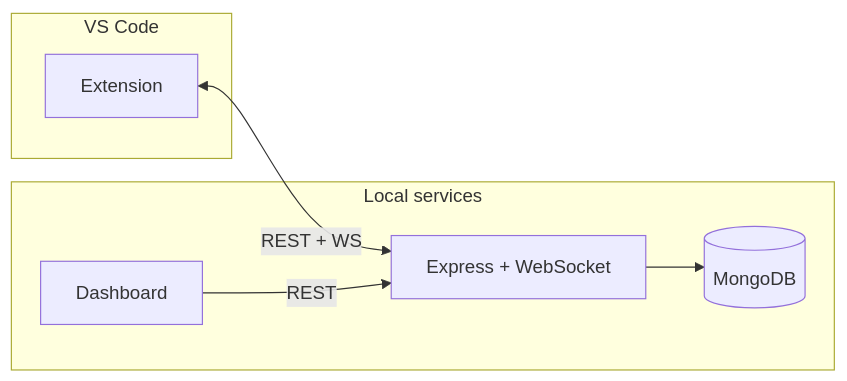
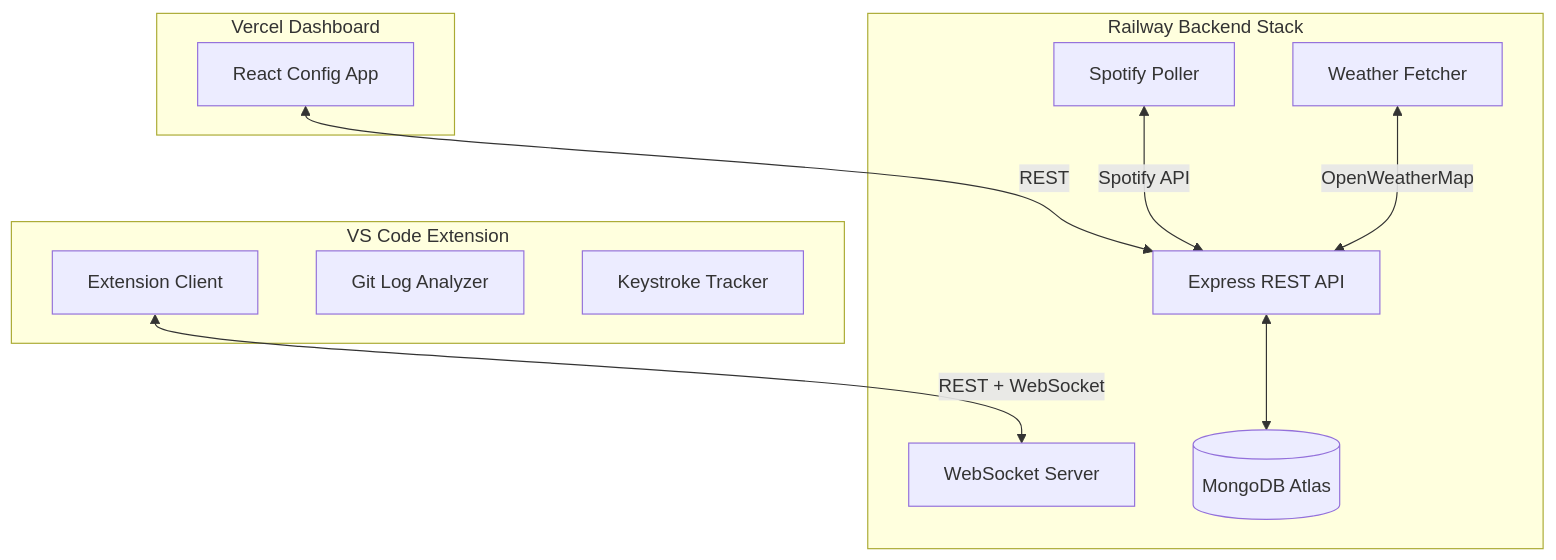
One commit to vaishnnav-m/MoodCode changed the diagram in README.md. Above: the diagram before and after it, drawn with Mermaid. The commit also changed other lines of this file and 12 other files, not shown here.

Commit message:
feat: add git and wheather api

````diff
--- a/README.md
+++ b/README.md
@@ -24,14 +19,24 @@
 ```mermaid
-flowchart LR
-  subgraph vscode [VS Code]
-    EXT[Extension]
+flowchart TD
+  subgraph vscode [VS Code Extension]
+    EXT[Extension Client]
+    GIT[Git Log Analyzer]
+    TYPE[Keystroke Tracker]
   end
-  subgraph local [Local services]
-    API[Express + WebSocket]
-    DB[(MongoDB)]
-    UI[Dashboard]
+  subgraph local [Railway Backend Stack]
+    API[Express REST API]
+    WS[WebSocket Server]
+    SPOT[Spotify Poller]
+    WEATH[Weather Fetcher]
+    DB[(MongoDB Atlas)]
   end
-  EXT <-->|REST + WS| API
-  UI -->|REST| API
-  API --> DB
+  subgraph frontend [Vercel Dashboard]
+    UI[React Config App]
+  end
+  
+  EXT <-->|REST + WebSocket| WS
+  UI <-->|REST| API
+  API <--> DB
+  SPOT <-->|Spotify API| API
+  WEATH <-->|OpenWeatherMap| API
 ```
````
